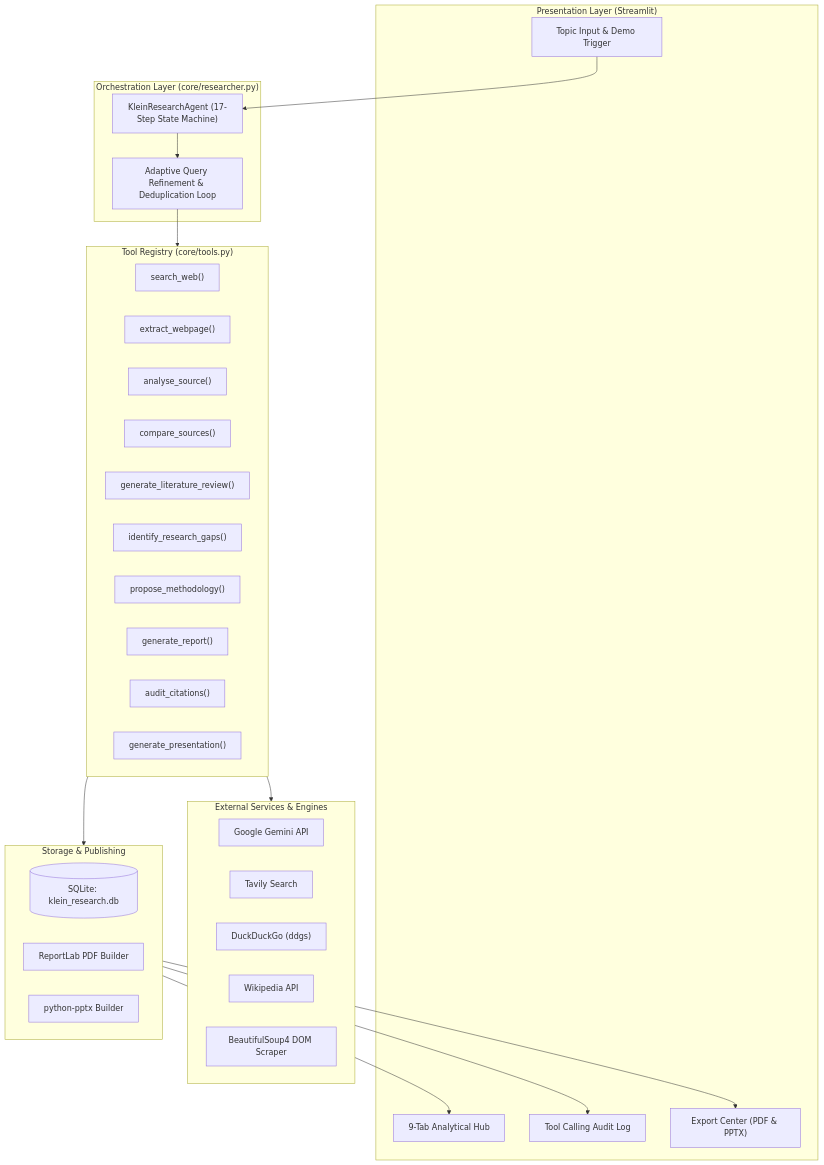
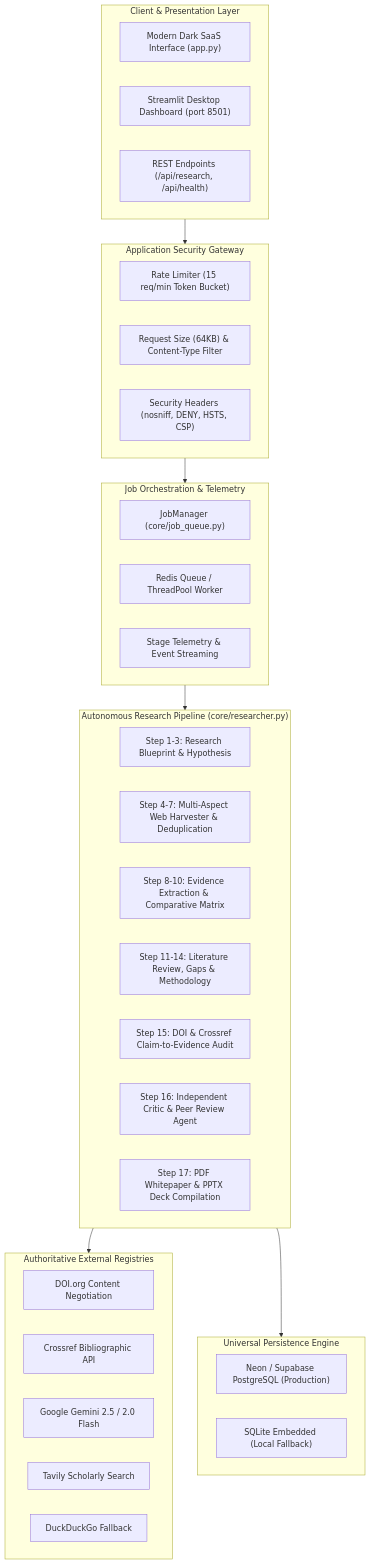
The diagram in README.md (angad-r/KleinAI), drawn with Mermaid before and after one commit. The commit also changed other lines of this file and 22 other files, not shown here.

Commit message:
feat: Klein AI 2.0 complete architecture, security hardening, citation verification, and UI redesign

````diff
--- a/README.md
+++ b/README.md
@@ -67,50 +43,49 @@
 ```mermaid
 flowchart TD
-    subgraph UI["Presentation Layer (Streamlit)"]
-        A["Topic Input & Demo Trigger"]
-        B["9-Tab Analytical Hub"]
-        C["Tool Calling Audit Log"]
-        D["Export Center (PDF & PPTX)"]
+    subgraph UI["Client & Presentation Layer"]
+        Browser["Modern Dark SaaS Interface (app.py)"]
+        StreamlitGUI["Streamlit Desktop Dashboard (port 8501)"]
+        REST_API["REST Endpoints (/api/research, /api/health)"]
     end
 
-    subgraph Agent["Orchestration Layer (core/researcher.py)"]
-        Orch["KleinResearchAgent (17-Step State Machine)"]
-        Adaptive["Adaptive Query Refinement & Deduplication Loop"]
+    subgraph Security["Application Security Gateway"]
+        RateLimit["Rate Limiter (15 req/min Token Bucket)"]
+        Validation["Request Size (64KB) & Content-Type Filter"]
+        SecHeaders["Security Headers (nosniff, DENY, HSTS, CSP)"]
     end
 
-    subgraph Tools["Tool Registry (core/tools.py)"]
-        T_Search["search_web()"]
-        T_Extract["extract_webpage()"]
-        T_Analyse["analyse_source()"]
-        T_Compare["compare_sources()"]
-        T_Review["generate_literature_review()"]
-        T_Gaps["identify_research_gaps()"]
-        T_Method["propose_methodology()"]
-        T_Report["generate_report()"]
-        T_Citations["audit_citations()"]
-        T_Slides["generate_presentation()"]
+    subgraph Queue["Job Orchestration & Telemetry"]
+        JobMgr["JobManager (core/job_queue.py)"]
+        RedisQ["Redis Queue / ThreadPool Worker"]
+        Telemetry["Stage Telemetry & Event Streaming"]
     end
 
-    subgraph External["External Services & Engines"]
-        Gemini["Google Gemini API"]
-        Tavily["Tavily Search"]
-        DDG["DuckDuckGo (ddgs)"]
-        Wiki["Wikipedia API"]
-        BS4["BeautifulSoup4 DOM Scraper"]
+    subgraph Agent["Autonomous Research Pipeline (core/researcher.py)"]
+        Blueprint["Step 1-3: Research Blueprint & Hypothesis"]
+        Harvest["Step 4-7: Multi-Aspect Web Harvester & Deduplication"]
+        Analysis["Step 8-10: Evidence Extraction & Comparative Matrix"]
+        Synthesis["Step 11-14: Literature Review, Gaps & Methodology"]
+        Verification["Step 15: DOI & Crossref Claim-to-Evidence Audit"]
+        PeerReview["Step 16: Independent Critic & Peer Review Agent"]
+        Deliverables["Step 17: PDF Whitepaper & PPTX Deck Compilation"]
     end
 
-    subgraph Storage["Storage & Publishing"]
-        DB[(SQLite: klein_research.db)]
-        PDF["ReportLab PDF Builder"]
-        PPTX["python-pptx Builder"]
+    subgraph External["Authoritative External Registries"]
+        DOI_Org["DOI.org Content Negotiation"]
+        Crossref["Crossref Bibliographic API"]
+        Gemini["Google Gemini 2.5 / 2.0 Flash"]
+        Tavily["Tavily Scholarly Search"]
+        DDG["DuckDuckGo Fallback"]
     end
 
-    A --> Orch
-    Orch --> Adaptive
-    Adaptive --> Tools
-    Tools --> External
-    Tools --> Storage
-    Storage --> B
-    Storage --> C
-    Storage --> D
+    subgraph Storage["Universal Persistence Engine"]
+        PG["Neon / Supabase PostgreSQL (Production)"]
+        SQLite["SQLite Embedded (Local Fallback)"]
+    end
+
+    UI --> Security
+    Security --> Queue
+    Queue --> Agent
+    Agent --> External
+    Agent --> Storage
 ```
````
